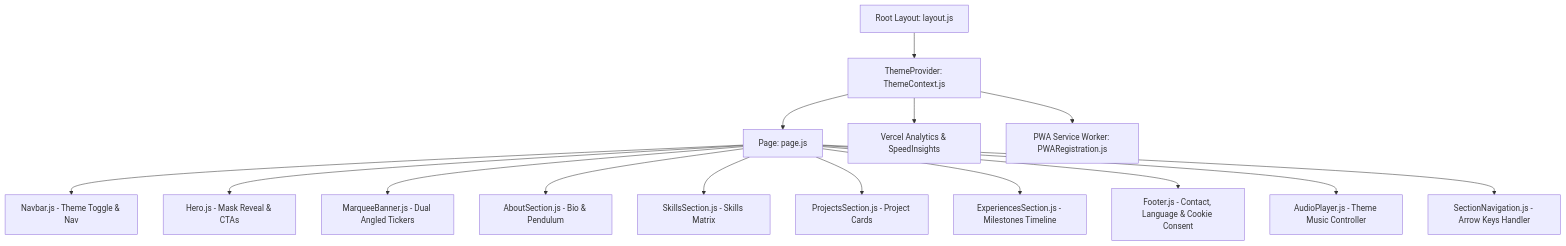
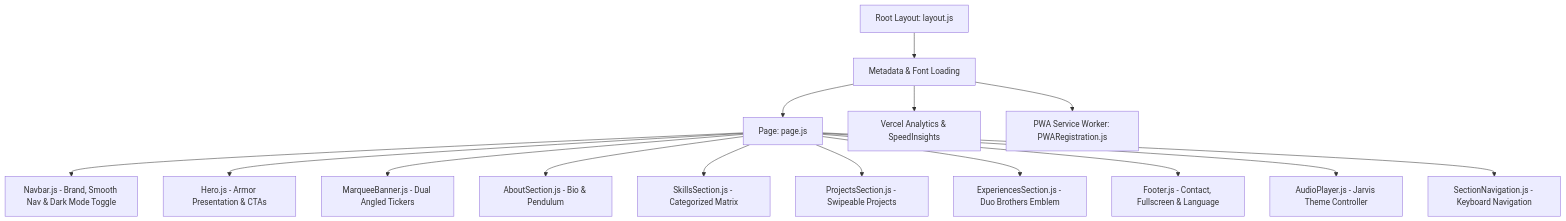
One commit to NisargDelvadiya/Nisarg_Portfolio changed the diagram in README.md. Above: the diagram before and after it, drawn with Mermaid. The commit also changed other lines of this file and 91 other files, not shown here.

````diff
--- a/README.md
+++ b/README.md
@@ -36,18 +33,18 @@
 ```mermaid
 graph TD
-    A[Root Layout: layout.js] --> B[ThemeProvider: ThemeContext.js]
+    A[Root Layout: layout.js] --> B[Metadata & Font Loading]
     B --> C[Page: page.js]
     B --> D[Vercel Analytics & SpeedInsights]
     B --> E[PWA Service Worker: PWARegistration.js]
     
-    C --> F[Navbar.js - Theme Toggle & Nav]
-    C --> G[Hero.js - Mask Reveal & CTAs]
+    C --> F[Navbar.js - Brand, Smooth Nav & Dark Mode Toggle]
+    C --> G[Hero.js - Armor Presentation & CTAs]
     C --> H[MarqueeBanner.js - Dual Angled Tickers]
     C --> I[AboutSection.js - Bio & Pendulum]
-    C --> J[SkillsSection.js - Skills Matrix]
-    C --> K[ProjectsSection.js - Project Cards]
-    C --> L[ExperiencesSection.js - Milestones Timeline]
-    C --> M[Footer.js - Contact, Language & Cookie Consent]
-    C --> N[AudioPlayer.js - Theme Music Controller]
-    C --> O[SectionNavigation.js - Arrow Keys Handler]
+    C --> J[SkillsSection.js - Categorized Matrix]
+    C --> K[ProjectsSection.js - Swipeable Projects]
+    C --> L[ExperiencesSection.js - Duo Brothers Emblem]
+    C --> M[Footer.js - Contact, Fullscreen & Language]
+    C --> N[AudioPlayer.js - Jarvis Theme Controller]
+    C --> O[SectionNavigation.js - Keyboard Navigation]
 ```
````
